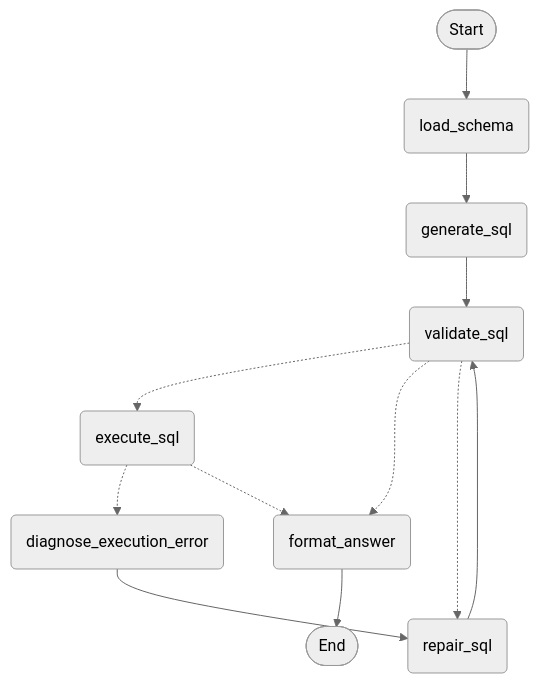
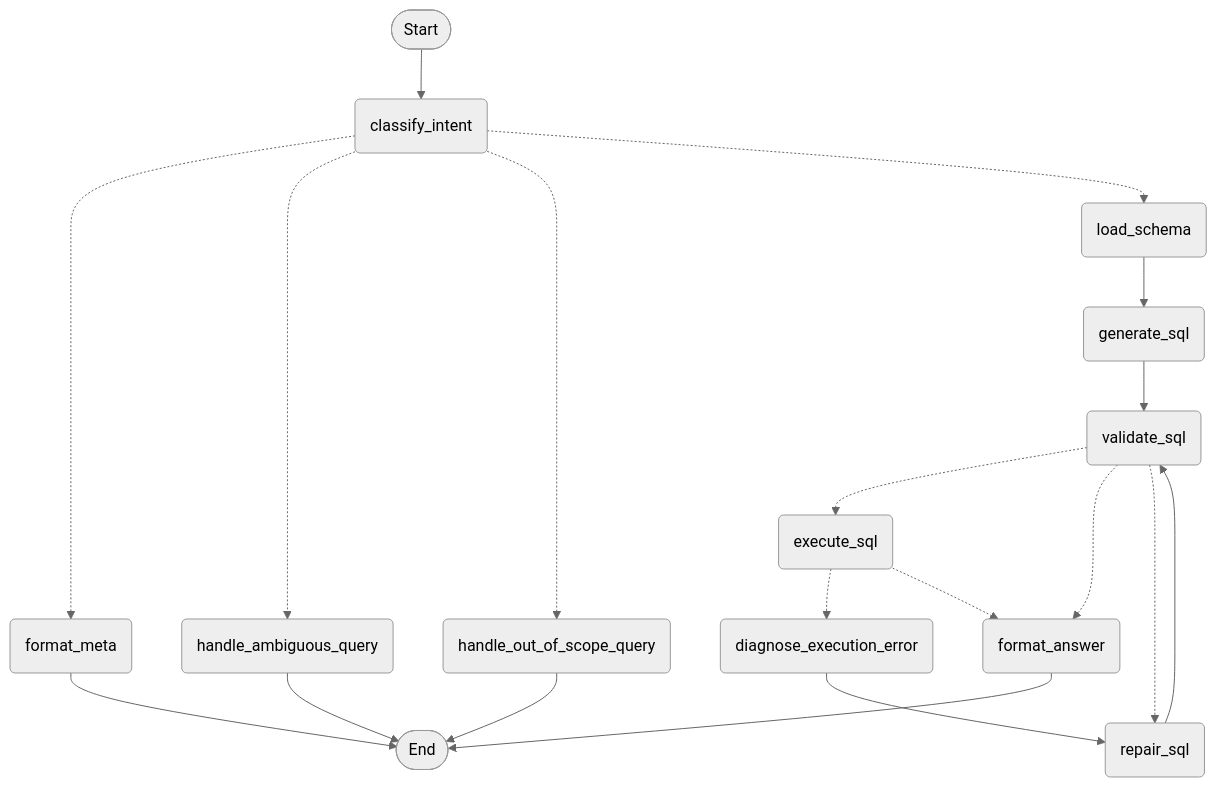
Before and after one commit to k0msenapati/text-to-sql: the diagram in README.md, drawn with Mermaid (neutral theme). The commit also changed 17 other files, not shown here.

Commit message:
feat: add query intent classifier with metadata, ambiguous, and out-of-scope routing

````diff
--- a/README.md
+++ b/README.md
@@ -5,23 +5,34 @@
 ```mermaid
 graph TD;
 	__start__([Start])
+	classify_intent(classify_intent)
 	load_schema(load_schema)
 	generate_sql(generate_sql)
 	validate_sql(validate_sql)
 	repair_sql(repair_sql)
 	execute_sql(execute_sql)
 	diagnose_execution_error(diagnose_execution_error)
 	format_answer(format_answer)
+	format_meta(format_meta)
+	handle_ambiguous_query(handle_ambiguous_query)
+	handle_out_of_scope_query(handle_out_of_scope_query)
 	__end__([End])
-	__start__ --> load_schema;
+	__start__ --> classify_intent;
+	classify_intent -.-> format_meta;
+	classify_intent -.-> handle_ambiguous_query;
+	classify_intent -.-> handle_out_of_scope_query;
+	classify_intent -.-> load_schema;
 	diagnose_execution_error --> repair_sql;
 	execute_sql -.-> diagnose_execution_error;
 	execute_sql -.-> format_answer;
 	generate_sql --> validate_sql;
 	load_schema --> generate_sql;
 	repair_sql --> validate_sql;
 	validate_sql -.-> execute_sql;
 	validate_sql -.-> format_answer;
 	validate_sql -.-> repair_sql;
 	format_answer --> __end__;
+	format_meta --> __end__;
+	handle_ambiguous_query --> __end__;
+	handle_out_of_scope_query --> __end__;
 ```
````
